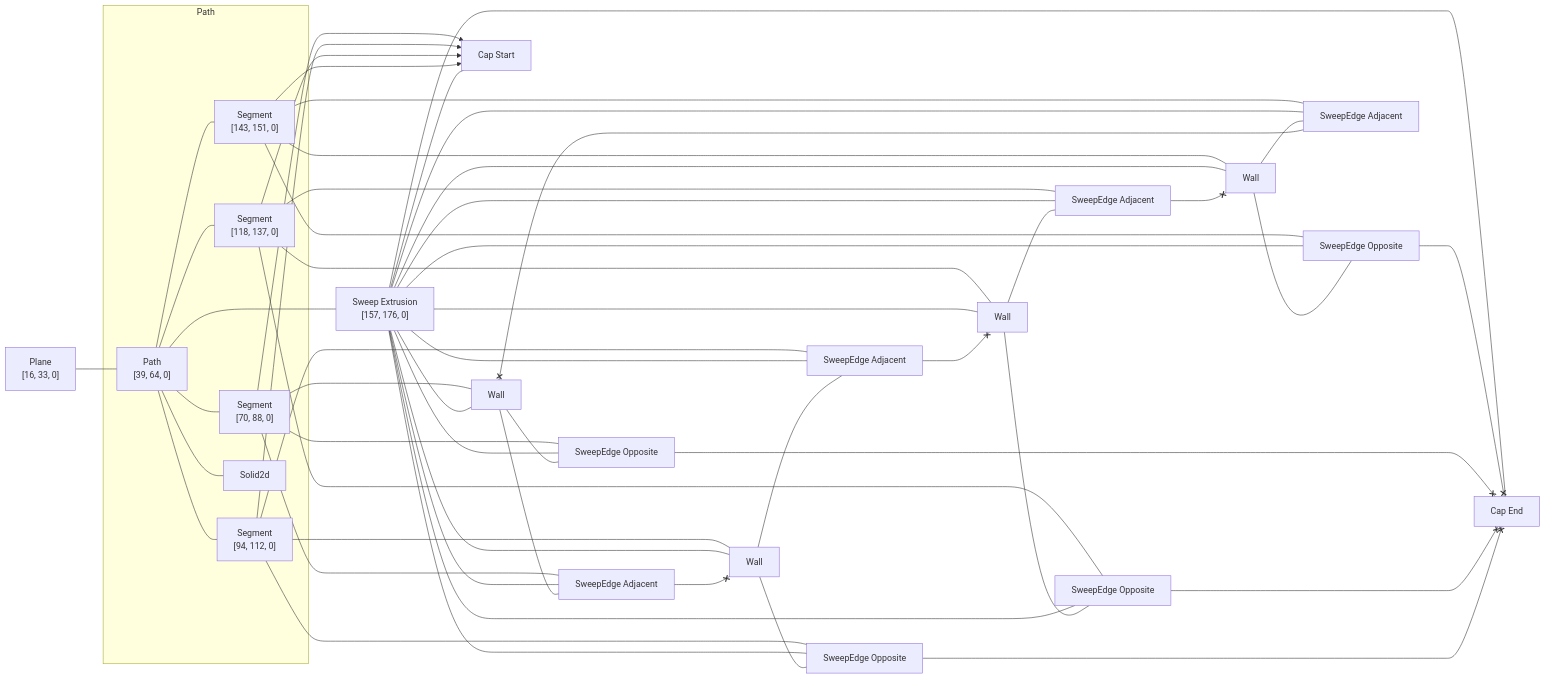
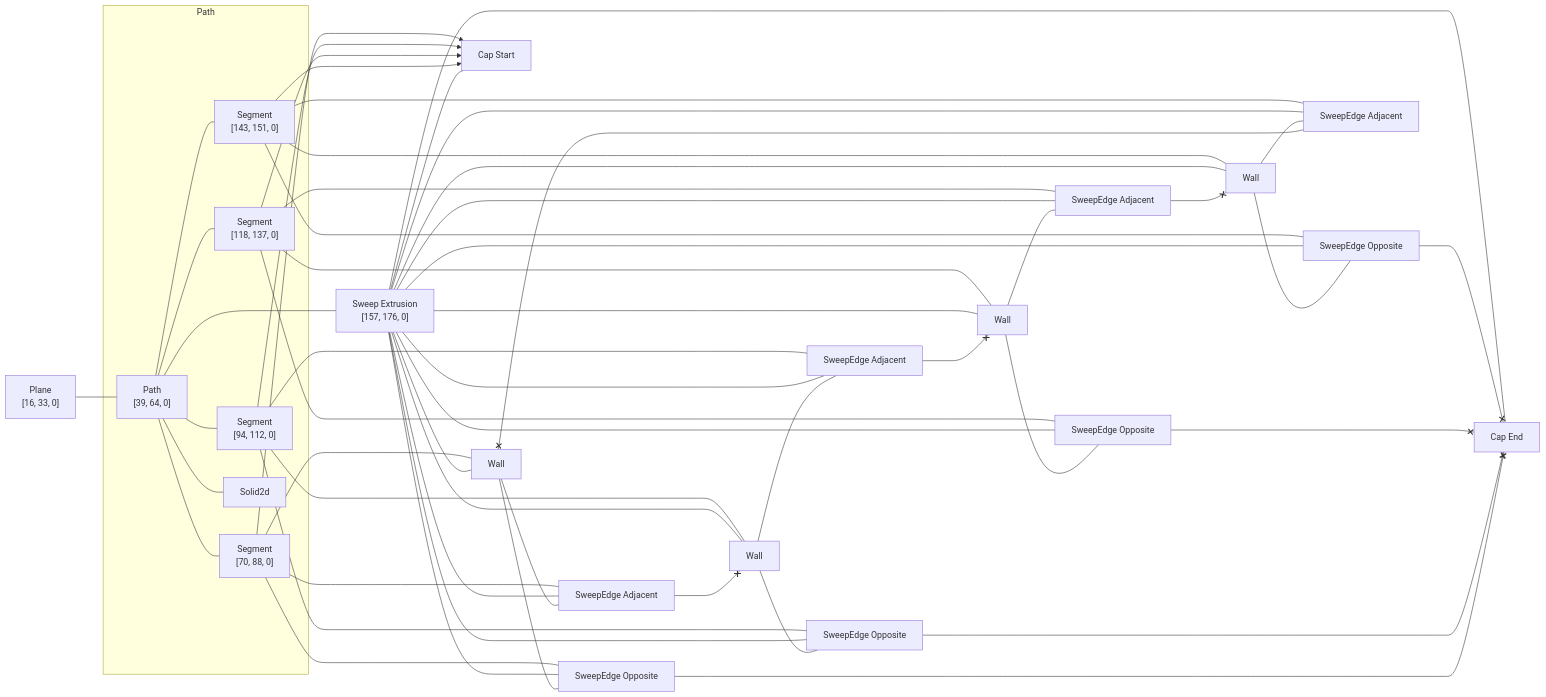
One commit to rajgandhi1/modeling-app changed the diagram in rust/kcl-lib/tests/linear_pattern3d_a_pattern/artifact_graph_flowchart.snap.md. Above: the diagram before and after it, drawn with Mermaid. The commit also changed 101 other files, not shown here.

````diff
--- a/rust/kcl-lib/tests/linear_pattern3d_a_pattern/artifact_graph_flowchart.snap.md
+++ b/rust/kcl-lib/tests/linear_pattern3d_a_pattern/artifact_graph_flowchart.snap.md
@@ -1,80 +1,80 @@
 ```mermaid
 flowchart LR
   subgraph path2 [Path]
     2["Path<br>[39, 64, 0]"]
     3["Segment<br>[70, 88, 0]"]
     4["Segment<br>[94, 112, 0]"]
     5["Segment<br>[118, 137, 0]"]
     6["Segment<br>[143, 151, 0]"]
     7[Solid2d]
   end
   1["Plane<br>[16, 33, 0]"]
   8["Sweep Extrusion<br>[157, 176, 0]"]
   9[Wall]
   10[Wall]
   11[Wall]
   12[Wall]
   13["Cap Start"]
   14["Cap End"]
   15["SweepEdge Opposite"]
   16["SweepEdge Opposite"]
   17["SweepEdge Opposite"]
   18["SweepEdge Opposite"]
   19["SweepEdge Adjacent"]
   20["SweepEdge Adjacent"]
   21["SweepEdge Adjacent"]
   22["SweepEdge Adjacent"]
   1 --- 2
   2 --- 3
   2 --- 4
   2 --- 5
   2 --- 6
   2 --- 7
   2 ---- 8
   3 --- 12
   3 x--> 13
-  3 --- 16
-  3 --- 21
+  3 --- 18
+  3 --- 22
   4 --- 10
   4 x--> 13
-  4 --- 18
-  4 --- 22
+  4 --- 17
+  4 --- 21
   5 --- 9
   5 x--> 13
-  5 --- 17
+  5 --- 16
   5 --- 20
   6 --- 11
   6 x--> 13
   6 --- 15
   6 --- 19
   8 --- 9
   8 --- 10
   8 --- 11
   8 --- 12
   8 --- 13
   8 --- 14
   8 --- 15
   8 --- 16
   8 --- 17
   8 --- 18
   8 --- 19
   8 --- 20
   8 --- 21
   8 --- 22
-  9 --- 17
+  9 --- 16
   9 --- 20
-  22 <--x 9
-  10 --- 18
-  21 <--x 10
-  10 --- 22
+  21 <--x 9
+  10 --- 17
+  10 --- 21
+  22 <--x 10
   11 --- 15
   11 --- 19
   20 <--x 11
-  12 --- 16
+  12 --- 18
   19 <--x 12
-  12 --- 21
+  12 --- 22
   15 <--x 14
   16 <--x 14
   17 <--x 14
   18 <--x 14
 ```
````
